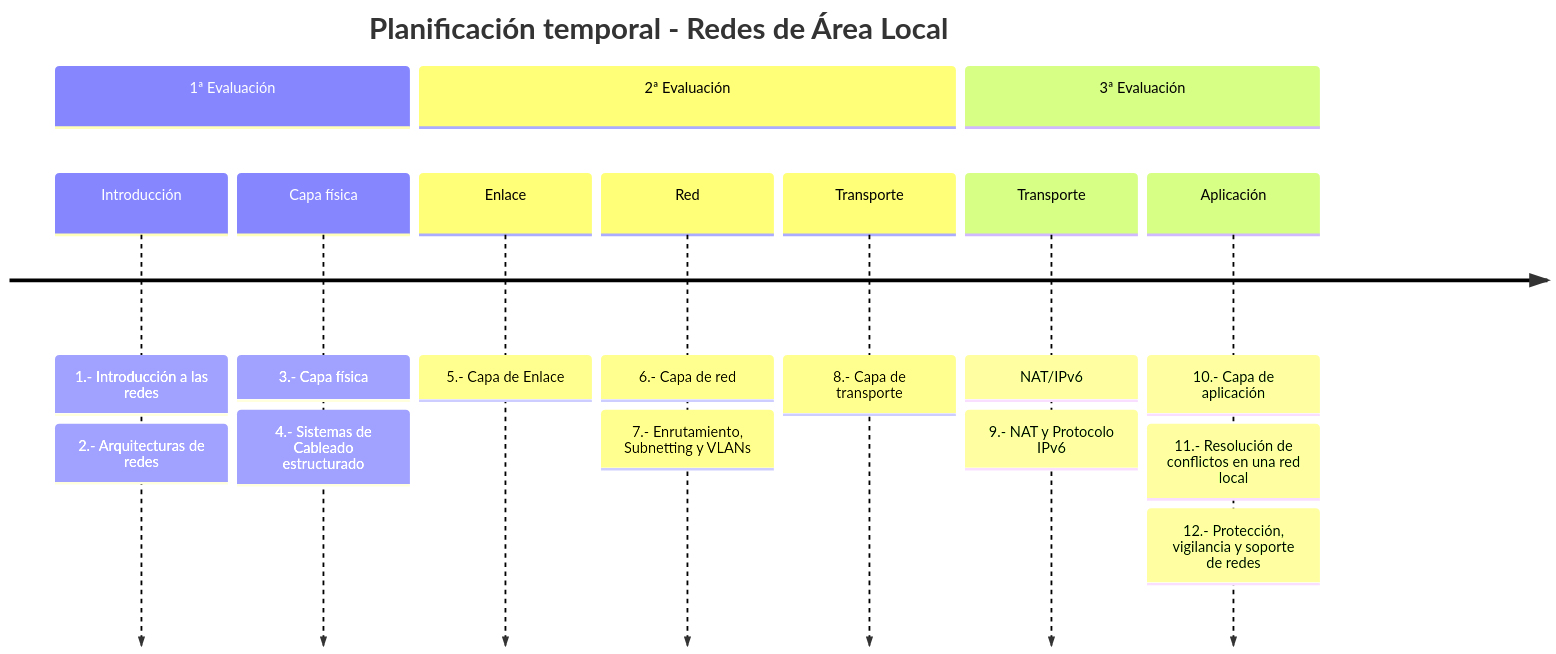
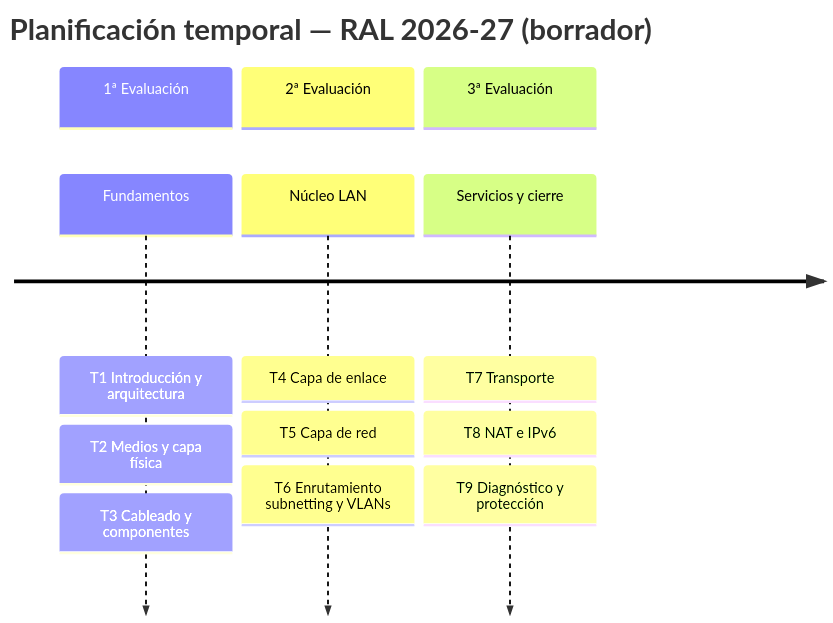
The diagram in docs/index.md (fjavier-hernandez/ral), drawn with Mermaid before and after one commit. The commit also changed other lines of this file and 383 other files, not shown here.

````diff
--- a/docs/index.md
+++ b/docs/index.md
@@ -71,14 +87,10 @@
 ``` mermaid
 timeline
-    title Planificación temporal - Redes de Área Local
+    title Planificación temporal — RAL 2026-27 (borrador)
     section 1ª Evaluación
-        Introducción : 1.- Introducción a las redes : 2.- Arquitecturas de redes
-        Capa física : 3.- Capa física : 4.- Sistemas de Cableado estructurado
+        Fundamentos : T1 Introducción y arquitectura : T2 Medios y capa física : T3 Cableado y componentes
     section 2ª Evaluación
-        Enlace : 5.- Capa de Enlace
-        Red : 6.- Capa de red: 7.- Enrutamiento, Subnetting y VLANs
-        Transporte : 8.- Capa de transporte
+        Núcleo LAN : T4 Capa de enlace : T5 Capa de red : T6 Enrutamiento subnetting y VLANs
     section 3ª Evaluación
-        Transporte: NAT/IPv6 : 9.- NAT y Protocolo IPv6
-        Aplicación : 10.- Capa de aplicación: 11.- Resolución de conflictos en una red local: 12.- Protección, vigilancia y soporte de redes
+        Servicios y cierre : T7 Transporte : T8 NAT e IPv6 : T9 Diagnóstico y protección
 ```
````
